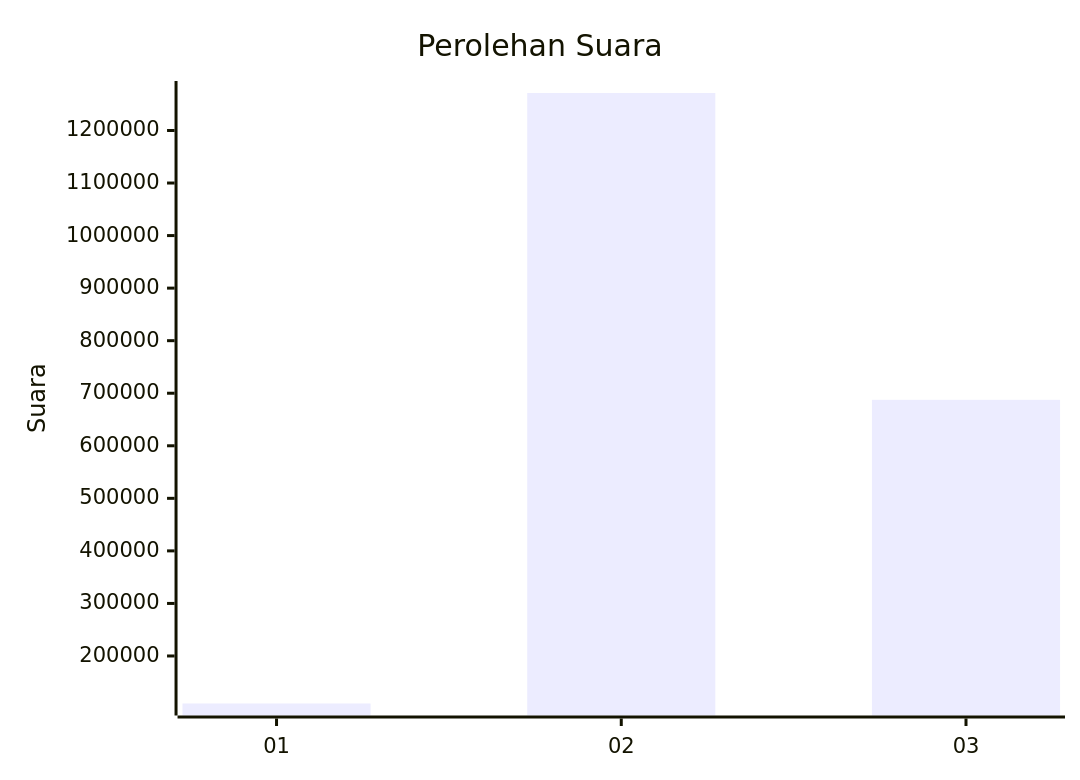
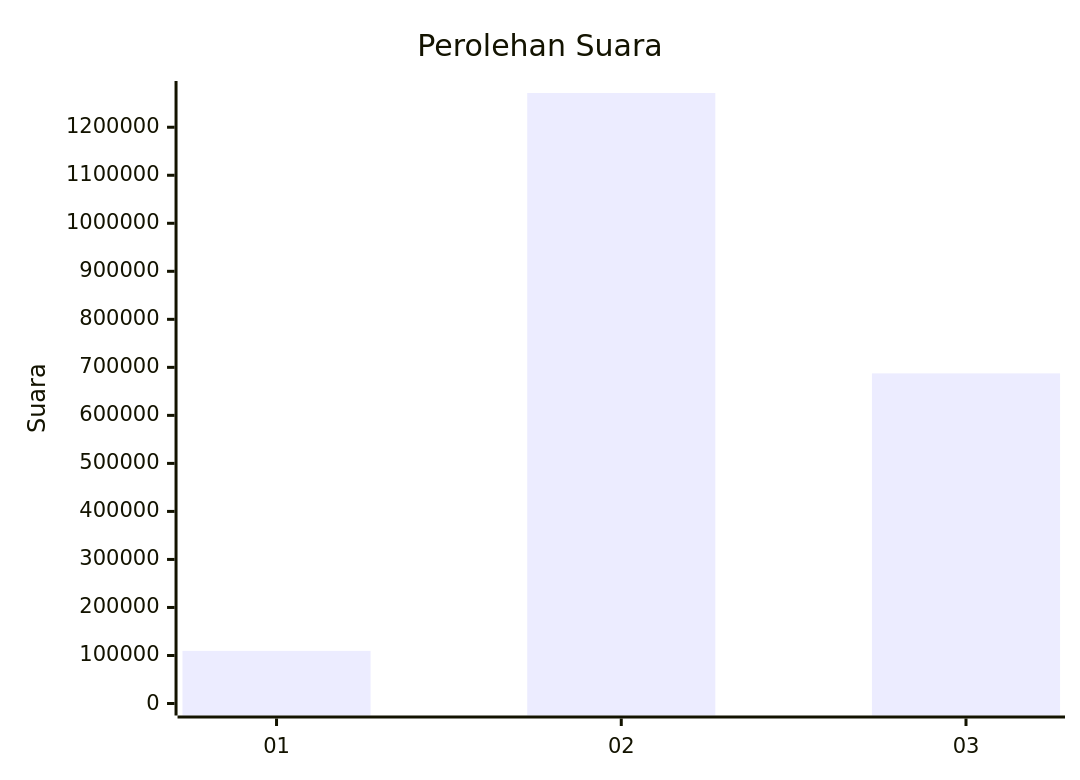
One commit to gigit-pemilu/pemilu-2024 changed the first of 2 diagrams in pilpres/hitung-suara/sub/table-wilayah-53.md. Above: the diagram before and after it, drawn with Mermaid. The commit also changed 42 other files, not shown here.

````diff
--- a/pilpres/hitung-suara/sub/table-wilayah-53.md
+++ b/pilpres/hitung-suara/sub/table-wilayah-53.md
@@ -7,7 +7,7 @@
 ```mermaid
 xychart-beta
     title "Perolehan Suara"
     x-axis [01, 02, 03]
-    y-axis "Suara"
+    y-axis "Suara" 0 --> 1271312
     bar [109575, 1271312, 687475]
 ```
````
